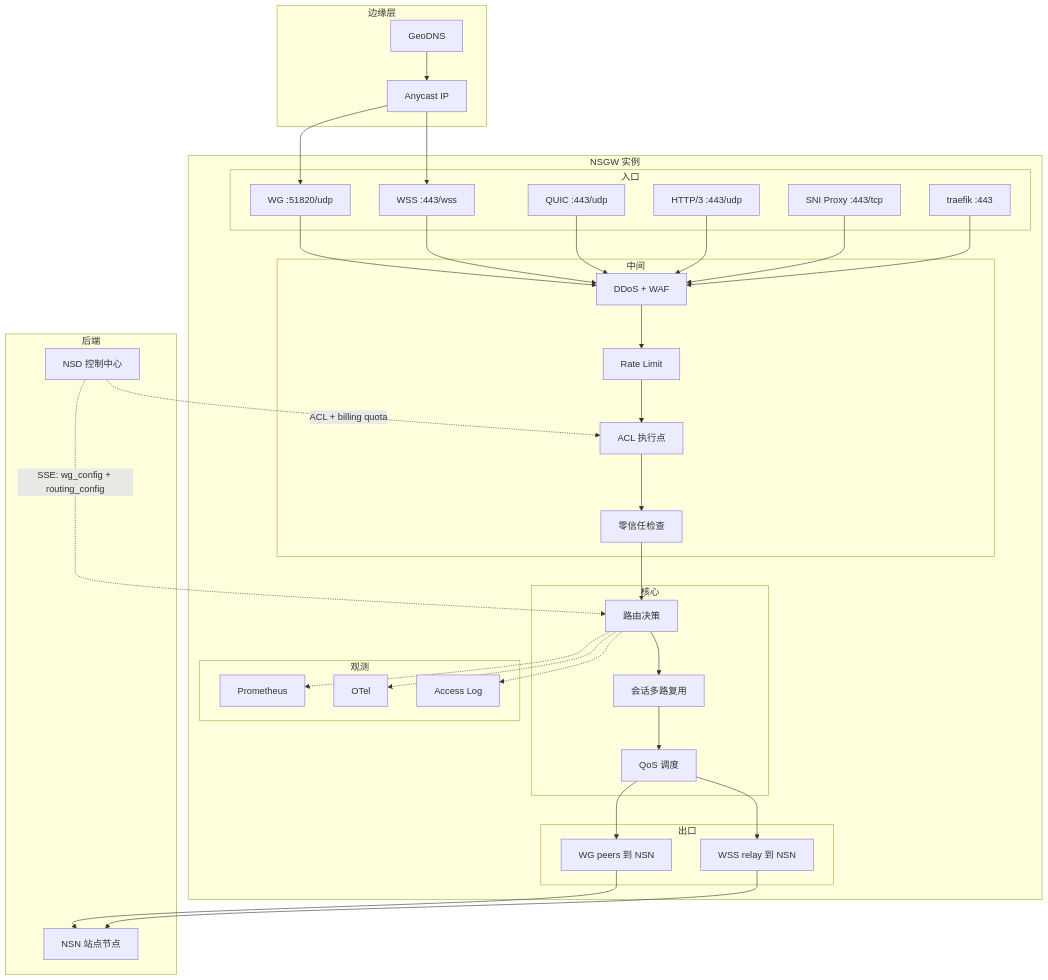
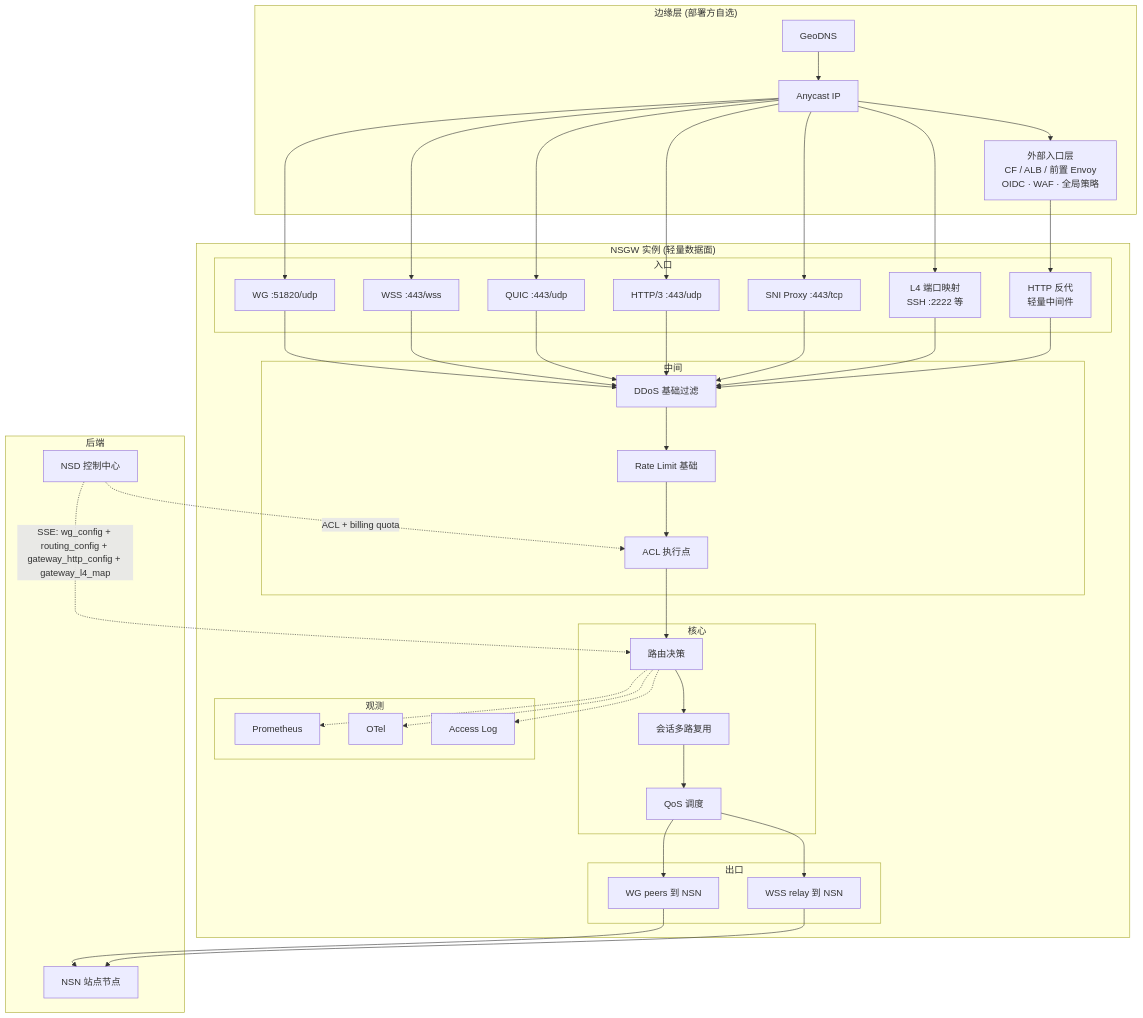
Before and after one commit to nsiod/docs: the diagram in docs/11-nsd-nsgw-vision/nsgw-vision.md, drawn with Mermaid. The commit also changed other lines of this file and 3 other files, not shown here.

First line of the commit message:
docs(nsgw): reconsider traefik, add L4 port-mapping ingress path

````diff
--- a/docs/11-nsd-nsgw-vision/nsgw-vision.md
+++ b/docs/11-nsd-nsgw-vision/nsgw-vision.md
@@ -383,68 +470,75 @@
 ```mermaid
 graph TB
-    subgraph Edge["边缘层"]
+    subgraph Edge["边缘层 (部署方自选)"]
         AN[Anycast IP]
         GEO[GeoDNS]
+        ING[外部入口层<br/>CF / ALB / 前置 Envoy<br/>OIDC · WAF · 全局策略]
     end
 
-    subgraph NSGW["NSGW 实例"]
+    subgraph NSGW["NSGW 实例 (轻量数据面)"]
         subgraph Ingress["入口"]
             WG[WG :51820/udp]
             WSS[WSS :443/wss]
             QUIC[QUIC :443/udp]
             H3[HTTP/3 :443/udp]
             SNI[SNI Proxy :443/tcp]
-            TRA[traefik :443]
+            L4[L4 端口映射<br/>SSH :2222 等]
+            HTTP_FWD[HTTP 反代<br/>轻量中间件]
         end
         subgraph Mid["中间"]
-            DDoS[DDoS + WAF]
-            RL[Rate Limit]
+            DDoS[DDoS 基础过滤]
+            RL[Rate Limit 基础]
             ACL[ACL 执行点]
-            ZT[零信任检查]
         end
         subgraph Core["核心"]
             ROUTE[路由决策]
             MUX[会话多路复用]
             QOS[QoS 调度]
         end
         subgraph Egress["出口"]
             PEERS[WG peers 到 NSN]
             RELAY[WSS relay 到 NSN]
         end
         subgraph Obs["观测"]
             PROM[Prometheus]
             OTEL[OTel]
             LOG[Access Log]
         end
     end
 
     subgraph Backend["后端"]
         NSN[NSN 站点节点]
         NSD[NSD 控制中心]
     end
 
+    GEO --> AN
+    AN --> ING
+    ING --> HTTP_FWD
     AN --> WG
     AN --> WSS
-    GEO --> AN
+    AN --> QUIC
+    AN --> H3
+    AN --> SNI
+    AN --> L4
     WG --> DDoS
     WSS --> DDoS
     QUIC --> DDoS
     H3 --> DDoS
     SNI --> DDoS
-    TRA --> DDoS
+    L4 --> DDoS
+    HTTP_FWD --> DDoS
     DDoS --> RL
     RL --> ACL
-    ACL --> ZT
-    ZT --> ROUTE
+    ACL --> ROUTE
     ROUTE --> MUX
     MUX --> QOS
     QOS --> PEERS
     QOS --> RELAY
     PEERS --> NSN
     RELAY --> NSN
     ROUTE -.-> PROM
     ROUTE -.-> OTEL
     ROUTE -.-> LOG
-    NSD -. "SSE: wg_config + routing_config" .-> ROUTE
+    NSD -. "SSE: wg_config + routing_config + gateway_http_config + gateway_l4_map" .-> ROUTE
     NSD -. "ACL + billing quota" .-> ACL
 ```
````
